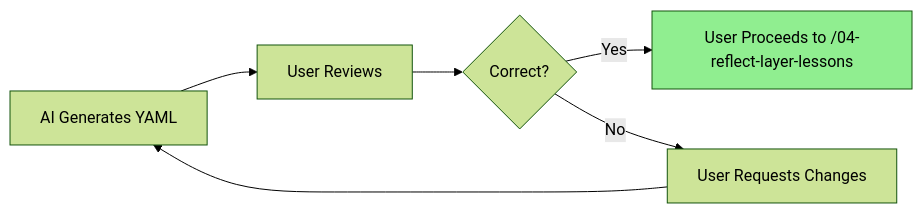
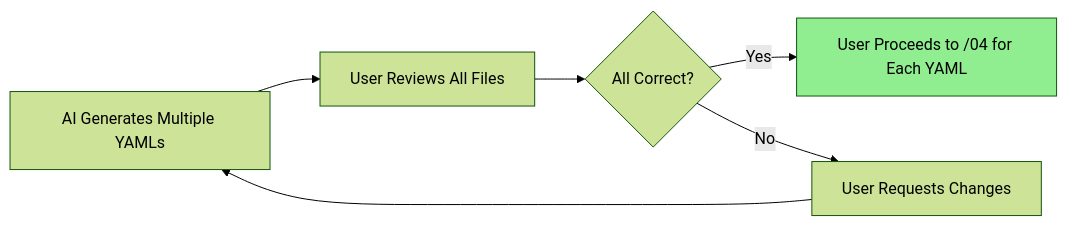
Before and after one commit to thiagobutignon/spec-kit-clean-archicteture: the fourth of 4 diagrams in .claude/commands/03-generate-layer-code.md, drawn with Mermaid (forest theme). The commit also changed other lines of this file and 1 other file, not shown here.

First line of the commit message:
feat(commands): Generate modular YAMLs per use case (fixes #117) (#136)

````diff
--- a/.claude/commands/03-generate-layer-code.md
+++ b/.claude/commands/03-generate-layer-code.md
@@ -465,9 +685,9 @@
 ```mermaid
 graph LR
-    A[AI Generates YAML] --> B[User Reviews]
-    B --> C{Correct?}
-    C -->|Yes| D[User Proceeds to /04-reflect-layer-lessons]
+    A[AI Generates Multiple YAMLs] --> B[User Reviews All Files]
+    B --> C{All Correct?}
+    C -->|Yes| D[User Proceeds to /04 for Each YAML]
     C -->|No| E[User Requests Changes]
     E --> A
     style D fill:#90EE90
 ```
````
